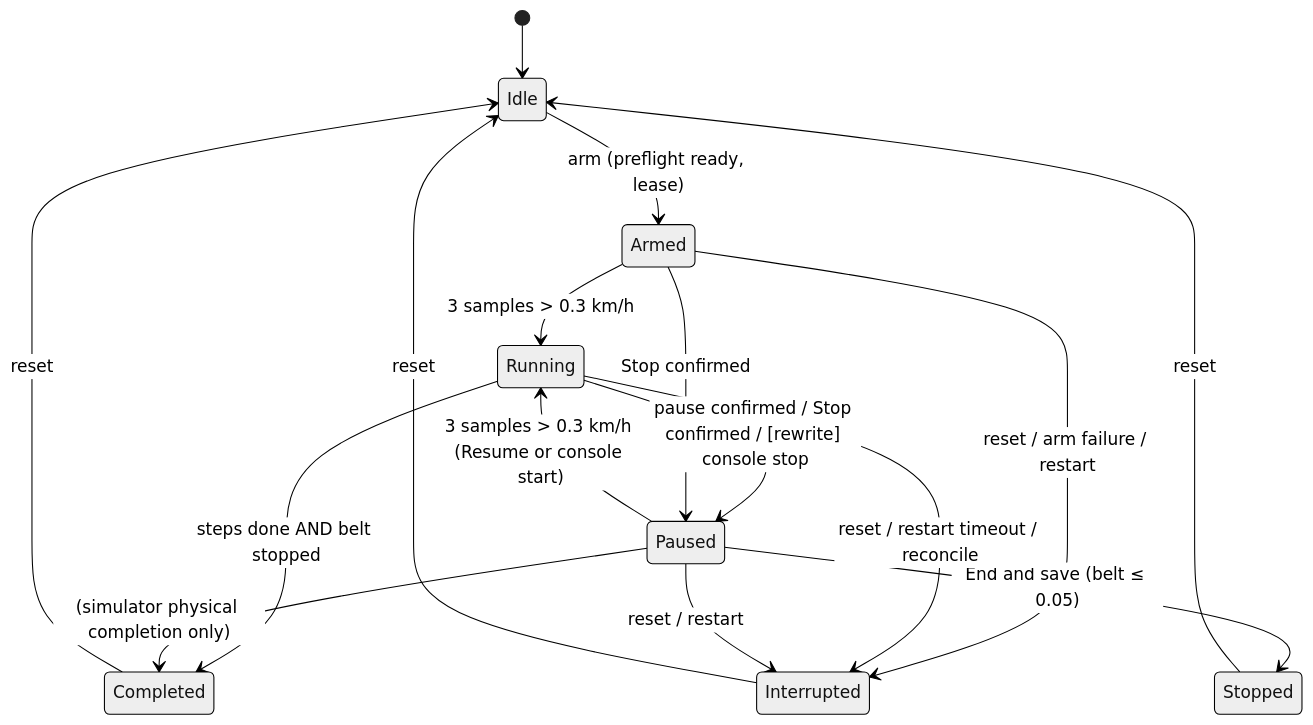
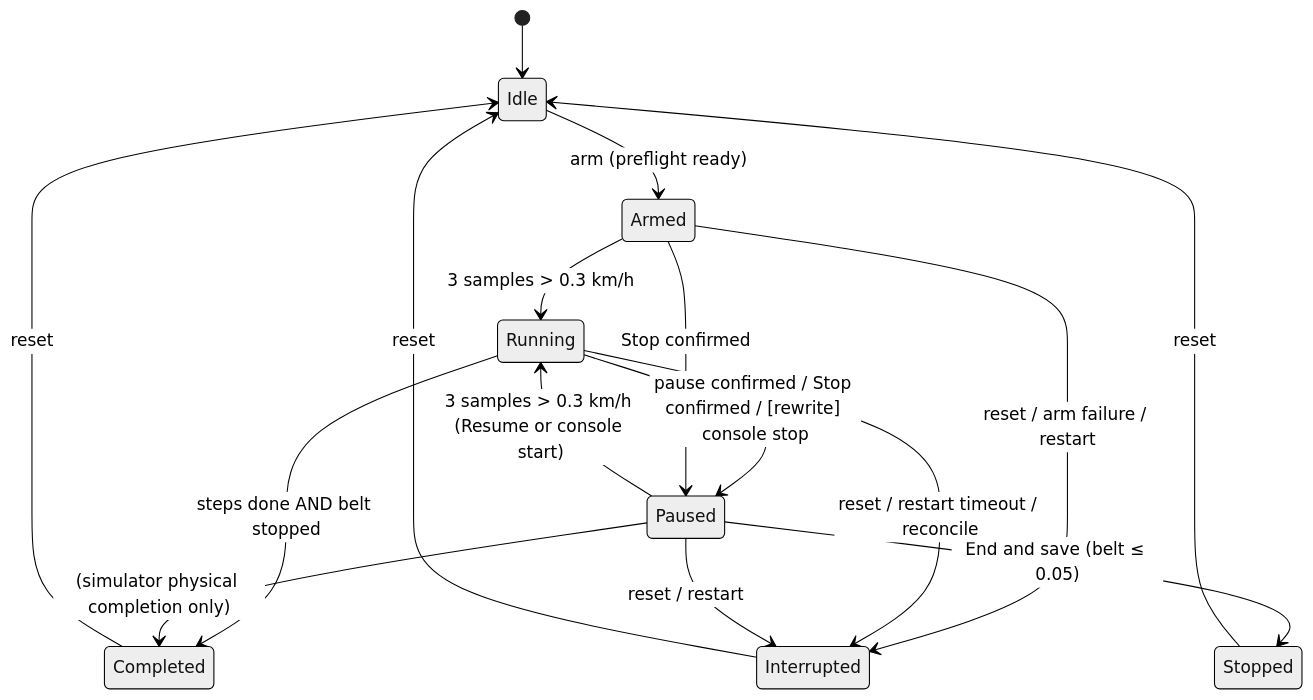
The diagram in docs/project/rewrite/spec/05-sessions-and-recording.md (Belgian-Coder/treadmill-runner), drawn with Mermaid (neutral theme) before and after one commit. The commit also changed other lines of this file and 28 other files, not shown here.

````diff
--- a/docs/project/rewrite/spec/05-sessions-and-recording.md
+++ b/docs/project/rewrite/spec/05-sessions-and-recording.md
@@ -114,18 +114,18 @@
 ```mermaid
 stateDiagram-v2
   [*] --> Idle
-  Idle --> Armed: arm (preflight ready, lease)
+  Idle --> Armed: arm (preflight ready)
   Armed --> Running: 3 samples > 0.3 km/h
   Running --> Paused: pause confirmed / Stop confirmed / [rewrite] console stop
   Armed --> Paused: Stop confirmed
   Paused --> Running: 3 samples > 0.3 km/h (Resume or console start)
   Running --> Completed: steps done AND belt stopped
   Paused --> Completed: (simulator physical completion only)
   Paused --> Stopped: End and save (belt ≤ 0.05)
   Armed --> Interrupted: reset / arm failure / restart
   Running --> Interrupted: reset / restart timeout / reconcile
   Paused --> Interrupted: reset / restart
   Completed --> Idle: reset
   Stopped --> Idle: reset
   Interrupted --> Idle: reset
 ```
````
